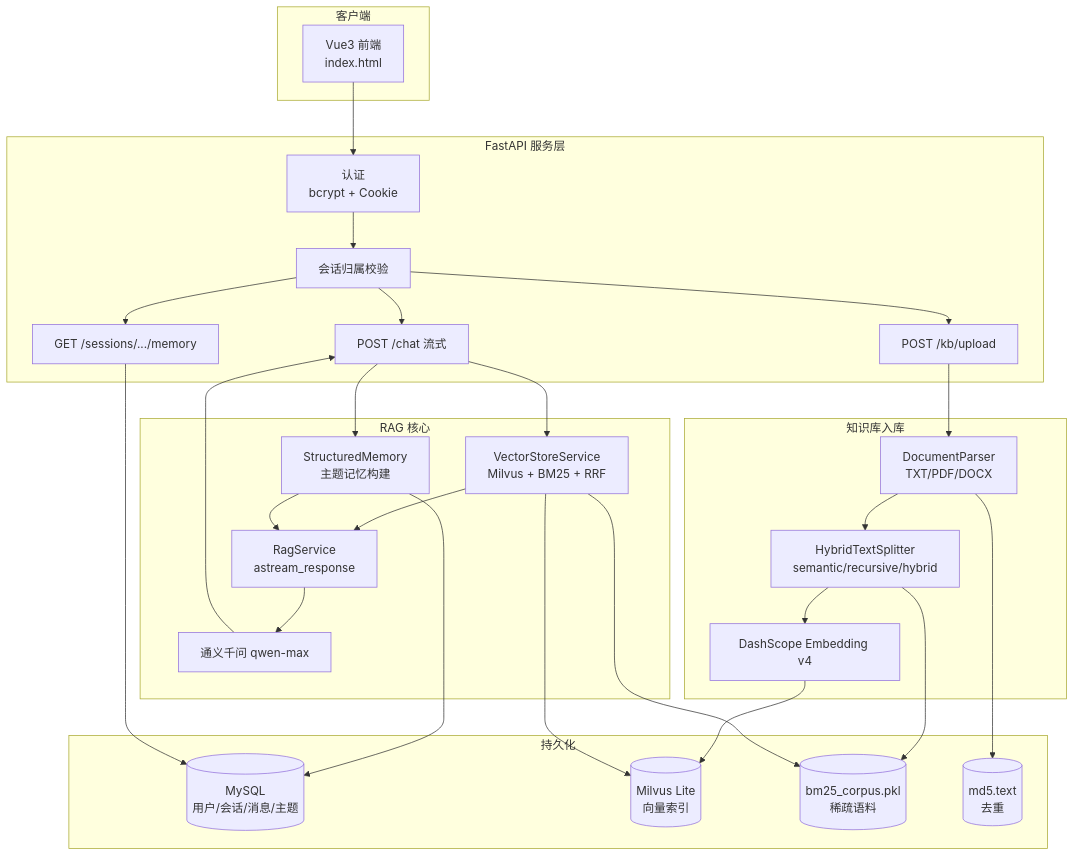
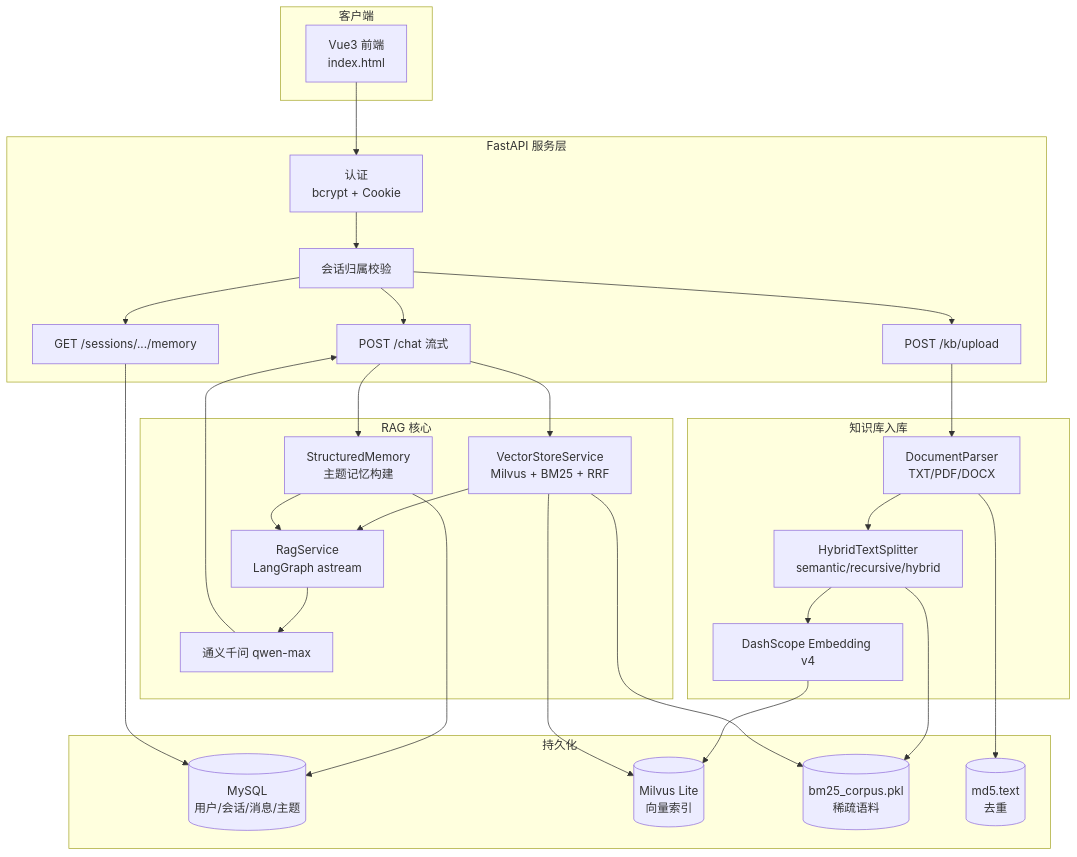
One commit to wingwen/Mem-RAG changed the second of 7 diagrams in README.md. Above: the diagram before and after it, drawn with Mermaid. The commit also changed other lines of this file and 30 other files, not shown here.

First line of the commit message:
Upgrade RAG to LangGraph with hybrid retrieval and strict grounding.

````diff
--- a/README.md
+++ b/README.md
@@ -43,52 +103,52 @@
 ```mermaid
 flowchart TB
     subgraph Client["客户端"]
         WEB["Vue3 前端<br/>index.html"]
     end
 
     subgraph API["FastAPI 服务层"]
         AUTH["认证<br/>bcrypt + Cookie"]
         RBAC["会话归属校验"]
         CHAT["POST /chat 流式"]
         KB["POST /kb/upload"]
         MEM["GET /sessions/.../memory"]
     end
 
     subgraph Core["RAG 核心"]
         SM["StructuredMemory<br/>主题记忆构建"]
         VS["VectorStoreService<br/>Milvus + BM25 + RRF"]
-        RAG["RagService<br/>astream_response"]
+        RAG["RagService<br/>LangGraph astream"]
         LLM["通义千问 qwen-max"]
     end
 
     subgraph Ingest["知识库入库"]
         PARSE["DocumentParser<br/>TXT/PDF/DOCX"]
         SPLIT["HybridTextSplitter<br/>semantic/recursive/hybrid"]
         EMB["DashScope Embedding v4"]
     end
 
     subgraph Store["持久化"]
         MYSQL[("MySQL<br/>用户/会话/消息/主题")]
         MILVUS[("Milvus Lite<br/>向量索引")]
         BM25F[("bm25_corpus.pkl<br/>稀疏语料")]
         MD5F[("md5.text<br/>去重")]
     end
 
     WEB --> AUTH
     AUTH --> RBAC
     RBAC --> CHAT & KB & MEM
     KB --> PARSE --> SPLIT --> EMB
     EMB --> MILVUS
     SPLIT --> BM25F
     PARSE --> MD5F
 
     CHAT --> SM
     SM --> MYSQL
     CHAT --> VS
     VS --> MILVUS & BM25F
     VS --> RAG
     SM --> RAG
     RAG --> LLM
     LLM --> CHAT
     MEM --> MYSQL
 ```
````
